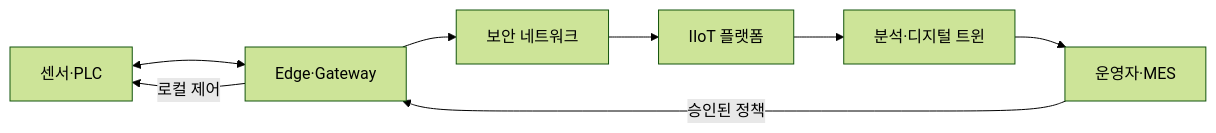
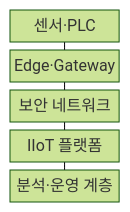
The first of 2 diagrams in src/content/docs/notes/08-latest-tech/203_industrial_iot.md (agnusdei1207/knowledge-base), drawn with Mermaid (forest theme) before and after one commit. The commit also changed other lines of this file and 23 other files, not shown here.

````diff
--- a/src/content/docs/notes/08-latest-tech/203_industrial_iot.md
+++ b/src/content/docs/notes/08-latest-tech/203_industrial_iot.md
@@ -50,12 +50,13 @@
 ```mermaid
-flowchart LR
-  A["센서·PLC"]
-  E["Edge·Gateway"]
-  N["보안 네트워크"]
-  P["IIoT 플랫폼"]
-  D["분석·디지털 트윈"]
-  O["운영자·MES"]
-  A <--> E --> N --> P --> D --> O
-  O -->|"승인된 정책"| E
-  E -->|"로컬 제어"| A
+block-beta
+  columns 1
+  field["센서·PLC"]
+  edge["Edge·Gateway"]
+  network["보안 네트워크"]
+  platform["IIoT 플랫폼"]
+  operation["분석·운영 계층"]
+  field --- edge
+  edge --- network
+  network --- platform
+  platform --- operation
 ```
````
